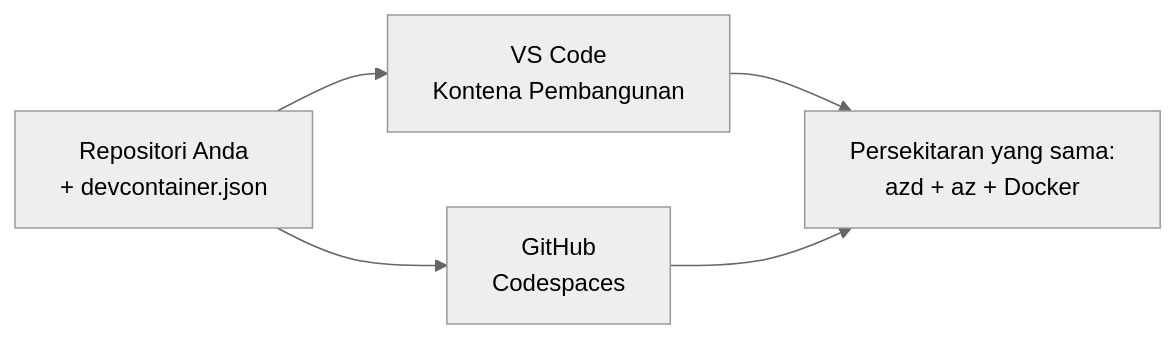
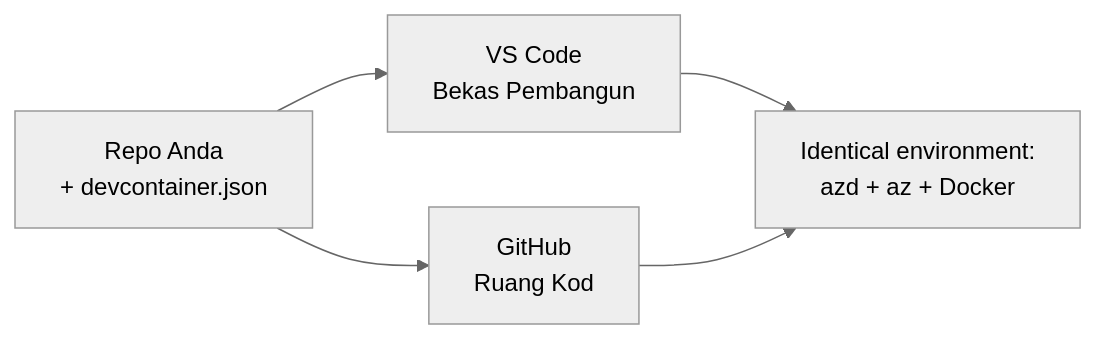
One commit to microsoft/AZD-for-beginners changed the diagram in translations/ms/docs/chapter-01-foundation/dev-containers.md. Above: the diagram before and after it, drawn with Mermaid (neutral theme). The commit also changed other lines of this file and 58 other files, not shown here.

````diff
--- a/translations/ms/docs/chapter-01-foundation/dev-containers.md
+++ b/translations/ms/docs/chapter-01-foundation/dev-containers.md
@@ -41,7 +41,7 @@
 ```mermaid
 graph LR
-    Repo[Repositori Anda<br/>+ devcontainer.json] --> VSCode[VS Code<br/>Kontena Pembangunan]
-    Repo --> Codespaces[GitHub<br/>Codespaces]
-    VSCode --> Env[Persekitaran yang sama:<br/>azd + az + Docker]
+    Repo[Repo Anda<br/>+ devcontainer.json] --> VSCode[VS Code<br/>Bekas Pembangun]
+    Repo --> Codespaces[GitHub<br/>Ruang Kod]
+    VSCode --> Env[Identical environment:<br/>azd + az + Docker]
     Codespaces --> Env
 ```
````
